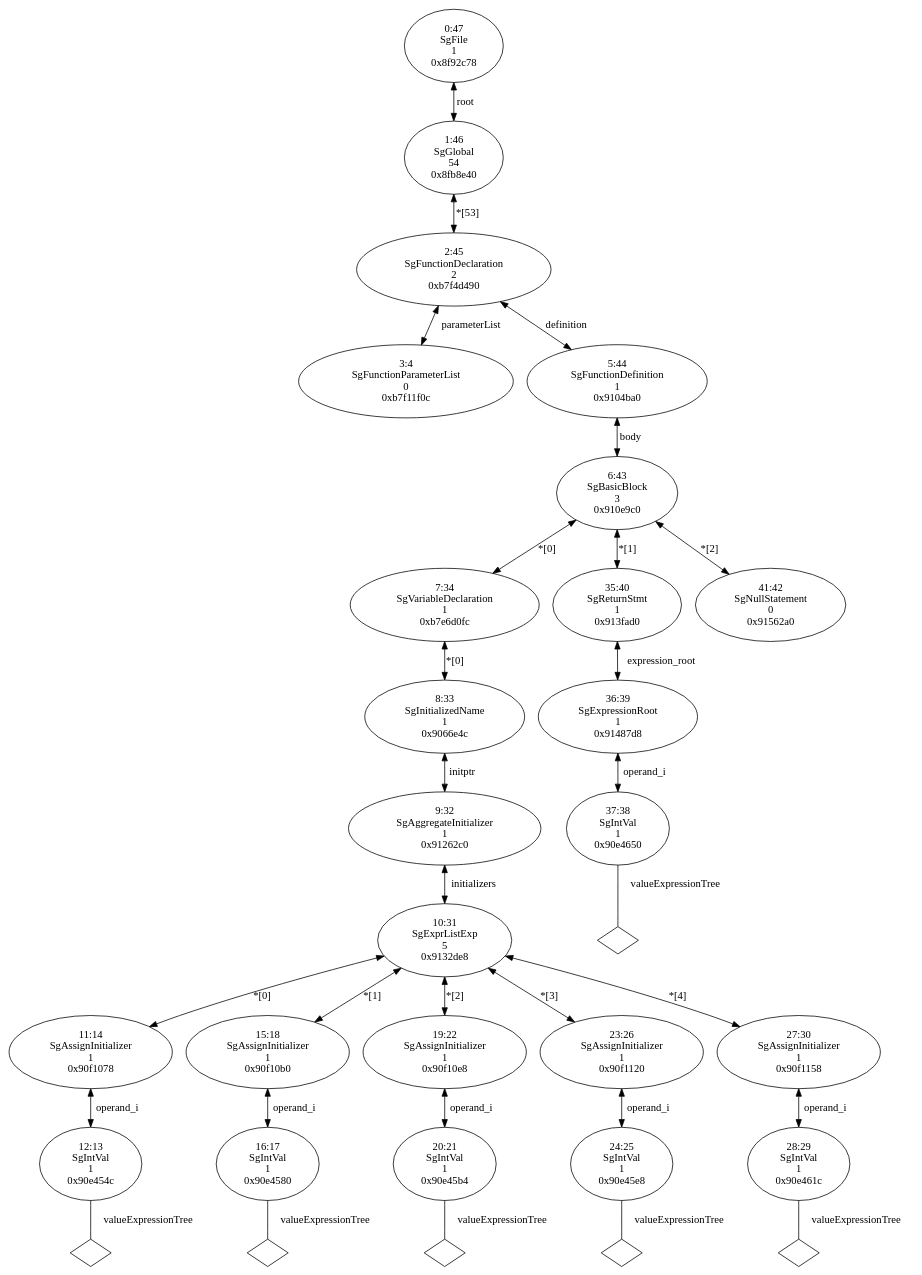
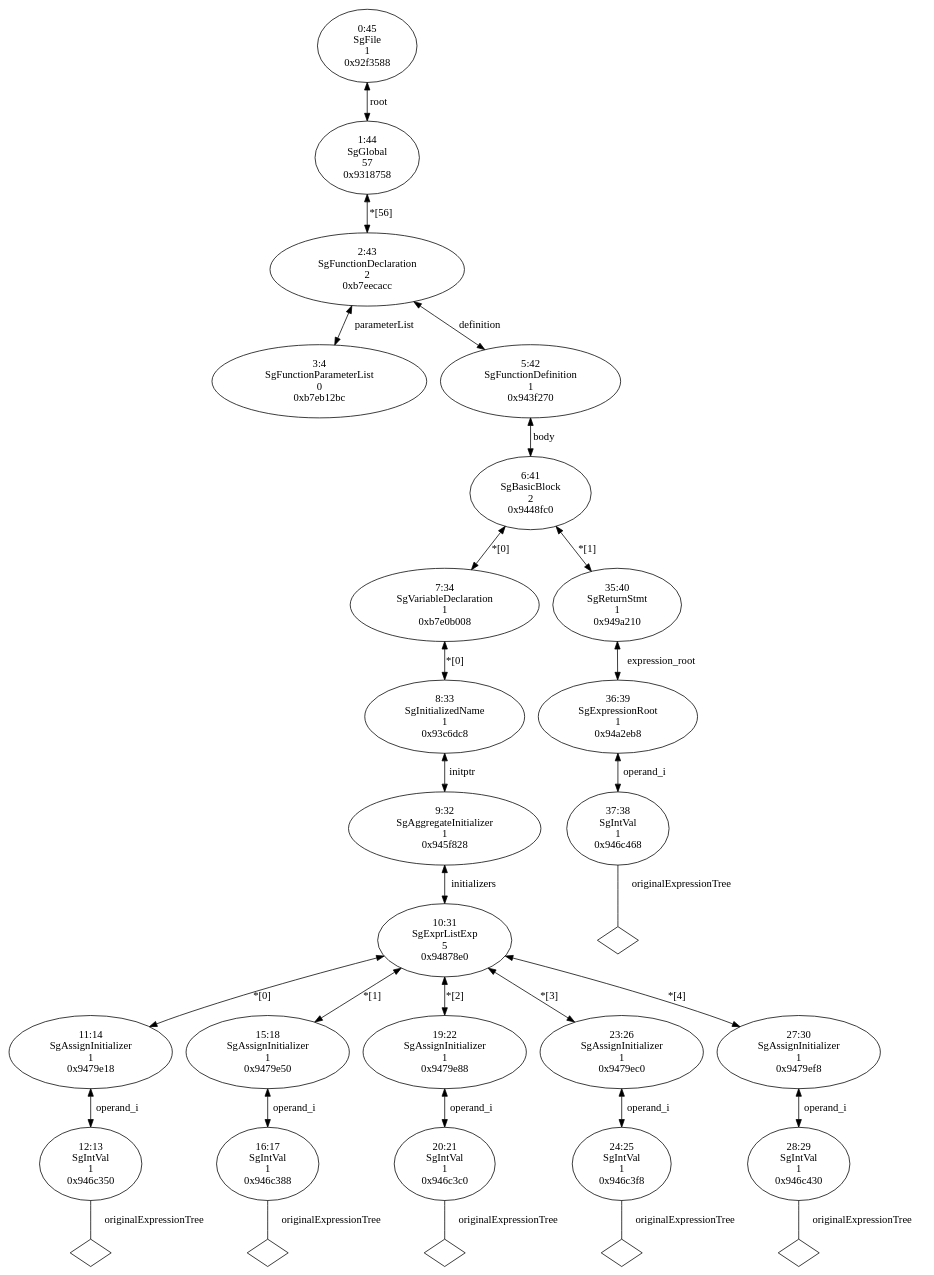
The diagram in branch/memRefExprRefactor/TestResults/AliasIRInterface/aggregateInit.c.dot (BackupTheBerlios/useoa-rose-svn), drawn with Graphviz before and after one commit. The commit also changed 48 other files, not shown here.

```diff
--- a/branch/memRefExprRefactor/TestResults/AliasIRInterface/aggregateInit.c.dot
+++ b/branch/memRefExprRefactor/TestResults/AliasIRInterface/aggregateInit.c.dot
@@ -1,61 +1,59 @@
 digraph "G./aggregateInit.c.dot" {
-"0xb7f11f0c"[label="3:4\nSgFunctionParameterList\n0\n0xb7f11f0c\n" ];
-"0x90e454c"[label="12:13\nSgIntVal\n1\n0x90e454c\n" ];
-"0x90e454c" -> "0x90e454c__valueExpressionTree__null"[label="valueExpressionTree" dir=none ];
-"0x90e454c__valueExpressionTree__null"[label="" shape=diamond ];
-"0x90f1078"[label="11:14\nSgAssignInitializer\n1\n0x90f1078\n" ];
-"0x90f1078" -> "0x90e454c"[label="operand_i" dir=both ];
-"0x90e4580"[label="16:17\nSgIntVal\n1\n0x90e4580\n" ];
-"0x90e4580" -> "0x90e4580__valueExpressionTree__null"[label="valueExpressionTree" dir=none ];
-"0x90e4580__valueExpressionTree__null"[label="" shape=diamond ];
-"0x90f10b0"[label="15:18\nSgAssignInitializer\n1\n0x90f10b0\n" ];
-"0x90f10b0" -> "0x90e4580"[label="operand_i" dir=both ];
-"0x90e45b4"[label="20:21\nSgIntVal\n1\n0x90e45b4\n" ];
-"0x90e45b4" -> "0x90e45b4__valueExpressionTree__null"[label="valueExpressionTree" dir=none ];
-"0x90e45b4__valueExpressionTree__null"[label="" shape=diamond ];
-"0x90f10e8"[label="19:22\nSgAssignInitializer\n1\n0x90f10e8\n" ];
-"0x90f10e8" -> "0x90e45b4"[label="operand_i" dir=both ];
-"0x90e45e8"[label="24:25\nSgIntVal\n1\n0x90e45e8\n" ];
-"0x90e45e8" -> "0x90e45e8__valueExpressionTree__null"[label="valueExpressionTree" dir=none ];
-"0x90e45e8__valueExpressionTree__null"[label="" shape=diamond ];
-"0x90f1120"[label="23:26\nSgAssignInitializer\n1\n0x90f1120\n" ];
-"0x90f1120" -> "0x90e45e8"[label="operand_i" dir=both ];
-"0x90e461c"[label="28:29\nSgIntVal\n1\n0x90e461c\n" ];
-"0x90e461c" -> "0x90e461c__valueExpressionTree__null"[label="valueExpressionTree" dir=none ];
-"0x90e461c__valueExpressionTree__null"[label="" shape=diamond ];
-"0x90f1158"[label="27:30\nSgAssignInitializer\n1\n0x90f1158\n" ];
-"0x90f1158" -> "0x90e461c"[label="operand_i" dir=both ];
-"0x9132de8"[label="10:31\nSgExprListExp\n5\n0x9132de8\n" ];
-"0x9132de8" -> "0x90f1078"[label="*[0]" dir=both ];
-"0x9132de8" -> "0x90f10b0"[label="*[1]" dir=both ];
-"0x9132de8" -> "0x90f10e8"[label="*[2]" dir=both ];
-"0x9132de8" -> "0x90f1120"[label="*[3]" dir=both ];
-"0x9132de8" -> "0x90f1158"[label="*[4]" dir=both ];
-"0x91262c0"[label="9:32\nSgAggregateInitializer\n1\n0x91262c0\n" ];
-"0x91262c0" -> "0x9132de8"[label="initializers" dir=both ];
-"0x9066e4c"[label="8:33\nSgInitializedName\n1\n0x9066e4c\n" ];
-"0x9066e4c" -> "0x91262c0"[label="initptr" dir=both ];
-"0xb7e6d0fc"[label="7:34\nSgVariableDeclaration\n1\n0xb7e6d0fc\n" ];
-"0xb7e6d0fc" -> "0x9066e4c"[label="*[0]" dir=both ];
-"0x90e4650"[label="37:38\nSgIntVal\n1\n0x90e4650\n" ];
-"0x90e4650" -> "0x90e4650__valueExpressionTree__null"[label="valueExpressionTree" dir=none ];
-"0x90e4650__valueExpressionTree__null"[label="" shape=diamond ];
-"0x91487d8"[label="36:39\nSgExpressionRoot\n1\n0x91487d8\n" ];
-"0x91487d8" -> "0x90e4650"[label="operand_i" dir=both ];
-"0x913fad0"[label="35:40\nSgReturnStmt\n1\n0x913fad0\n" ];
-"0x913fad0" -> "0x91487d8"[label="expression_root" dir=both ];
-"0x91562a0"[label="41:42\nSgNullStatement\n0\n0x91562a0\n" ];
-"0x910e9c0"[label="6:43\nSgBasicBlock\n3\n0x910e9c0\n" ];
-"0x910e9c0" -> "0xb7e6d0fc"[label="*[0]" dir=both ];
-"0x910e9c0" -> "0x913fad0"[label="*[1]" dir=both ];
-"0x910e9c0" -> "0x91562a0"[label="*[2]" dir=both ];
-"0x9104ba0"[label="5:44\nSgFunctionDefinition\n1\n0x9104ba0\n" ];
-"0x9104ba0" -> "0x910e9c0"[label="body" dir=both ];
-"0xb7f4d490"[label="2:45\nSgFunctionDeclaration\n2\n0xb7f4d490\n" ];
-"0xb7f4d490" -> "0xb7f11f0c"[label="parameterList" dir=both ];
-"0xb7f4d490" -> "0x9104ba0"[label="definition" dir=both ];
-"0x8fb8e40"[label="1:46\nSgGlobal\n54\n0x8fb8e40\n" ];
-"0x8fb8e40" -> "0xb7f4d490"[label="*[53]" dir=both ];
-"0x8f92c78"[label="0:47\nSgFile\n1\n0x8f92c78\n" ];
-"0x8f92c78" -> "0x8fb8e40"[label="root" dir=both ];
+"0xb7eb12bc"[label="3:4\nSgFunctionParameterList\n0\n0xb7eb12bc\n" ];
+"0x946c350"[label="12:13\nSgIntVal\n1\n0x946c350\n" ];
+"0x946c350" -> "0x946c350__originalExpressionTree__null"[label="originalExpressionTree" dir=none ];
+"0x946c350__originalExpressionTree__null"[label="" shape=diamond ];
+"0x9479e18"[label="11:14\nSgAssignInitializer\n1\n0x9479e18\n" ];
+"0x9479e18" -> "0x946c350"[label="operand_i" dir=both ];
+"0x946c388"[label="16:17\nSgIntVal\n1\n0x946c388\n" ];
+"0x946c388" -> "0x946c388__originalExpressionTree__null"[label="originalExpressionTree" dir=none ];
+"0x946c388__originalExpressionTree__null"[label="" shape=diamond ];
+"0x9479e50"[label="15:18\nSgAssignInitializer\n1\n0x9479e50\n" ];
+"0x9479e50" -> "0x946c388"[label="operand_i" dir=both ];
+"0x946c3c0"[label="20:21\nSgIntVal\n1\n0x946c3c0\n" ];
+"0x946c3c0" -> "0x946c3c0__originalExpressionTree__null"[label="originalExpressionTree" dir=none ];
+"0x946c3c0__originalExpressionTree__null"[label="" shape=diamond ];
+"0x9479e88"[label="19:22\nSgAssignInitializer\n1\n0x9479e88\n" ];
+"0x9479e88" -> "0x946c3c0"[label="operand_i" dir=both ];
+"0x946c3f8"[label="24:25\nSgIntVal\n1\n0x946c3f8\n" ];
+"0x946c3f8" -> "0x946c3f8__originalExpressionTree__null"[label="originalExpressionTree" dir=none ];
+"0x946c3f8__originalExpressionTree__null"[label="" shape=diamond ];
+"0x9479ec0"[label="23:26\nSgAssignInitializer\n1\n0x9479ec0\n" ];
+"0x9479ec0" -> "0x946c3f8"[label="operand_i" dir=both ];
+"0x946c430"[label="28:29\nSgIntVal\n1\n0x946c430\n" ];
+"0x946c430" -> "0x946c430__originalExpressionTree__null"[label="originalExpressionTree" dir=none ];
+"0x946c430__originalExpressionTree__null"[label="" shape=diamond ];
+"0x9479ef8"[label="27:30\nSgAssignInitializer\n1\n0x9479ef8\n" ];
+"0x9479ef8" -> "0x946c430"[label="operand_i" dir=both ];
+"0x94878e0"[label="10:31\nSgExprListExp\n5\n0x94878e0\n" ];
+"0x94878e0" -> "0x9479e18"[label="*[0]" dir=both ];
+"0x94878e0" -> "0x9479e50"[label="*[1]" dir=both ];
+"0x94878e0" -> "0x9479e88"[label="*[2]" dir=both ];
+"0x94878e0" -> "0x9479ec0"[label="*[3]" dir=both ];
+"0x94878e0" -> "0x9479ef8"[label="*[4]" dir=both ];
+"0x945f828"[label="9:32\nSgAggregateInitializer\n1\n0x945f828\n" ];
+"0x945f828" -> "0x94878e0"[label="initializers" dir=both ];
+"0x93c6dc8"[label="8:33\nSgInitializedName\n1\n0x93c6dc8\n" ];
+"0x93c6dc8" -> "0x945f828"[label="initptr" dir=both ];
+"0xb7e0b008"[label="7:34\nSgVariableDeclaration\n1\n0xb7e0b008\n" ];
+"0xb7e0b008" -> "0x93c6dc8"[label="*[0]" dir=both ];
+"0x946c468"[label="37:38\nSgIntVal\n1\n0x946c468\n" ];
+"0x946c468" -> "0x946c468__originalExpressionTree__null"[label="originalExpressionTree" dir=none ];
+"0x946c468__originalExpressionTree__null"[label="" shape=diamond ];
+"0x94a2eb8"[label="36:39\nSgExpressionRoot\n1\n0x94a2eb8\n" ];
+"0x94a2eb8" -> "0x946c468"[label="operand_i" dir=both ];
+"0x949a210"[label="35:40\nSgReturnStmt\n1\n0x949a210\n" ];
+"0x949a210" -> "0x94a2eb8"[label="expression_root" dir=both ];
+"0x9448fc0"[label="6:41\nSgBasicBlock\n2\n0x9448fc0\n" ];
+"0x9448fc0" -> "0xb7e0b008"[label="*[0]" dir=both ];
+"0x9448fc0" -> "0x949a210"[label="*[1]" dir=both ];
+"0x943f270"[label="5:42\nSgFunctionDefinition\n1\n0x943f270\n" ];
+"0x943f270" -> "0x9448fc0"[label="body" dir=both ];
+"0xb7eecacc"[label="2:43\nSgFunctionDeclaration\n2\n0xb7eecacc\n" ];
+"0xb7eecacc" -> "0xb7eb12bc"[label="parameterList" dir=both ];
+"0xb7eecacc" -> "0x943f270"[label="definition" dir=both ];
+"0x9318758"[label="1:44\nSgGlobal\n57\n0x9318758\n" ];
+"0x9318758" -> "0xb7eecacc"[label="*[56]" dir=both ];
+"0x92f3588"[label="0:45\nSgFile\n1\n0x92f3588\n" ];
+"0x92f3588" -> "0x9318758"[label="root" dir=both ];
 }
```
